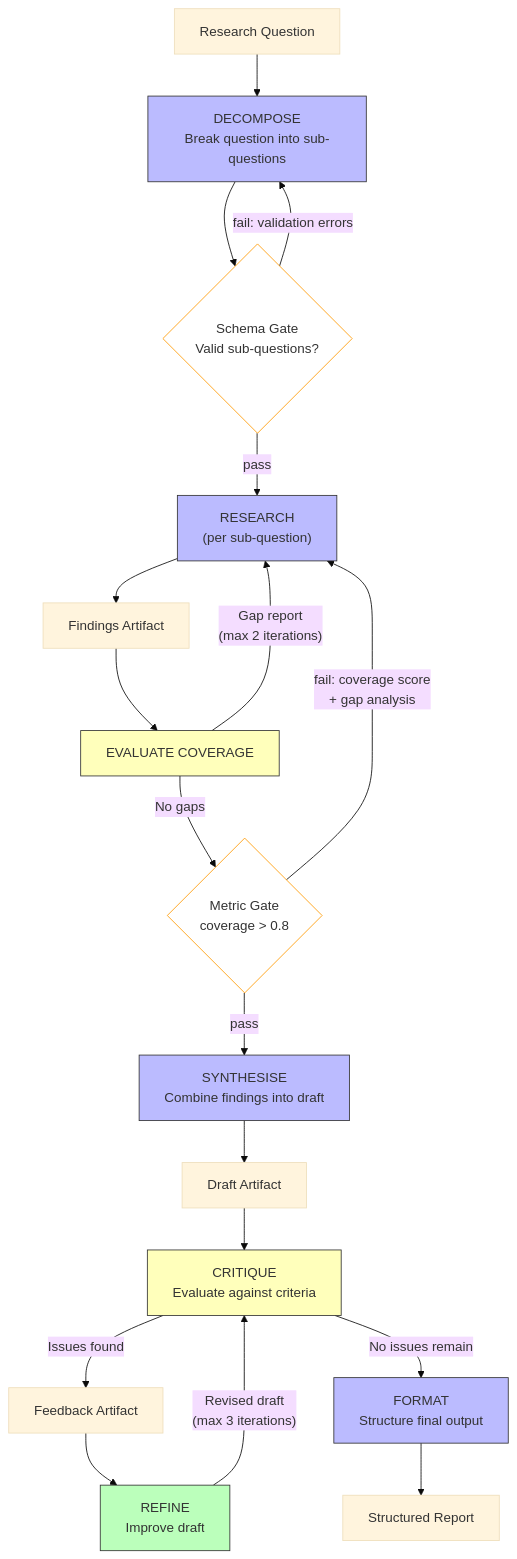
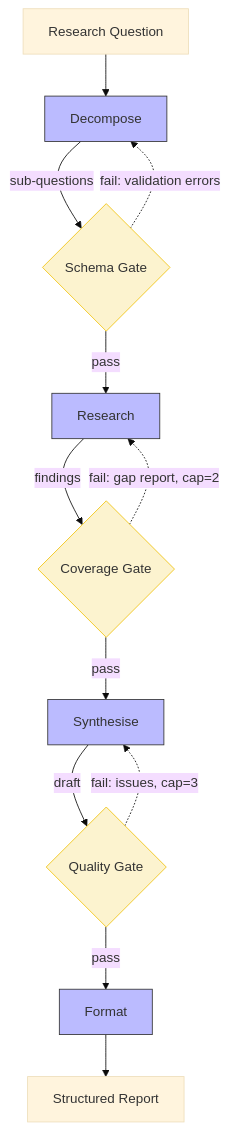
One commit to jrlangford/loop changed the third of 8 diagrams in framework-design.md. Above: the diagram before and after it, drawn with Mermaid (base theme). The commit also changed other lines of this file and 11 other files, not shown here.

First line of the commit message:
Align diagrams with describe skill conventions and clarify Evaluate vs Gate

````diff
--- a/framework-design.md
+++ b/framework-design.md
@@ -614,30 +615,17 @@
 ```mermaid
-graph TD
-    RQ["Research Question"] --> DECOMPOSE["DECOMPOSE<br/>Break question into sub-questions"]
-    DECOMPOSE --> SG{"Schema Gate<br/>Valid sub-questions?"}
-    SG -->|pass| RESEARCH["RESEARCH<br/>(per sub-question)"]
-    SG -->|"fail: validation errors"| DECOMPOSE
-    RESEARCH --> FA["Findings Artifact"]
-    FA --> EVAL["EVALUATE COVERAGE"]
-    EVAL -->|"Gap report<br/>(max 2 iterations)"| RESEARCH
-    EVAL -->|"No gaps"| MG{"Metric Gate<br/>coverage > 0.8"}
-    MG -->|pass| SYNTH["SYNTHESISE<br/>Combine findings into draft"]
-    MG -->|"fail: coverage score<br/>+ gap analysis"| RESEARCH
-    SYNTH --> DA["Draft Artifact"]
-    DA --> CRITIQUE["CRITIQUE<br/>Evaluate against criteria"]
-    CRITIQUE -->|"Issues found"| FBA["Feedback Artifact"]
-    FBA --> REFINE["REFINE<br/>Improve draft"]
-    REFINE -->|"Revised draft<br/>(max 3 iterations)"| CRITIQUE
-    CRITIQUE -->|"No issues remain"| FORMAT["FORMAT<br/>Structure final output"]
+flowchart TD
+    classDef stage fill:#bbf,stroke:#333
+    classDef gate fill:#fcf3cf,stroke:#f1c40f
+
+    RQ["Research Question"] --> DECOMPOSE["Decompose"]:::stage
+    DECOMPOSE -->|sub-questions| SG{"Schema Gate"}:::gate
+    SG -->|pass| RESEARCH["Research"]:::stage
+    SG -.->|"fail: validation errors"| DECOMPOSE
+    RESEARCH -->|findings| CG{"Coverage Gate"}:::gate
+    CG -.->|"fail: gap report, cap=2"| RESEARCH
+    CG -->|pass| SYNTH["Synthesise"]:::stage
+    SYNTH -->|draft| QG{"Quality Gate"}:::gate
+    QG -.->|"fail: issues, cap=3"| SYNTH
+    QG -->|pass| FORMAT["Format"]:::stage
     FORMAT --> REPORT["Structured Report"]
-
-    style DECOMPOSE fill:#bbf,stroke:#333
-    style RESEARCH fill:#bbf,stroke:#333
-    style EVAL fill:#ffb,stroke:#333
-    style SYNTH fill:#bbf,stroke:#333
-    style CRITIQUE fill:#ffb,stroke:#333
-    style REFINE fill:#bfb,stroke:#333
-    style FORMAT fill:#bbf,stroke:#333
-    style SG fill:#fff,stroke:#f90
-    style MG fill:#fff,stroke:#f90
 ```
````
